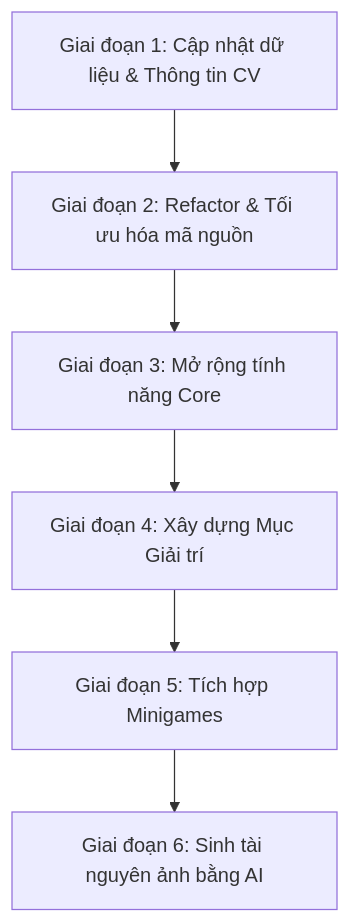
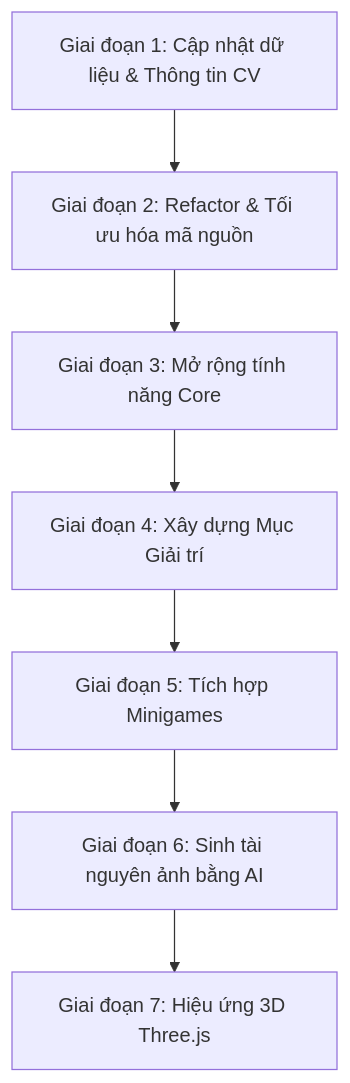
One commit to bloodthirstyleo/profiles-source changed the diagram in plans/roadmap.md. Above: the diagram before and after it, drawn with Mermaid. The commit also changed other lines of this file and 1 other file, not shown here.

Commit message:
docs: add threejs integration plan and update roadmap

````diff
--- a/plans/roadmap.md
+++ b/plans/roadmap.md
@@ -11,8 +11,9 @@
 ```mermaid
 graph TD
     Phase1[Giai đoạn 1: Cập nhật dữ liệu & Thông tin CV] --> Phase2[Giai đoạn 2: Refactor & Tối ưu hóa mã nguồn]
     Phase2 --> Phase3[Giai đoạn 3: Mở rộng tính năng Core]
     Phase3 --> Phase4[Giai đoạn 4: Xây dựng Mục Giải trí]
     Phase4 --> Phase5[Giai đoạn 5: Tích hợp Minigames]
     Phase5 --> Phase6[Giai đoạn 6: Sinh tài nguyên ảnh bằng AI]
+    Phase6 --> Phase7[Giai đoạn 7: Hiệu ứng 3D Three.js]
 ```
````
